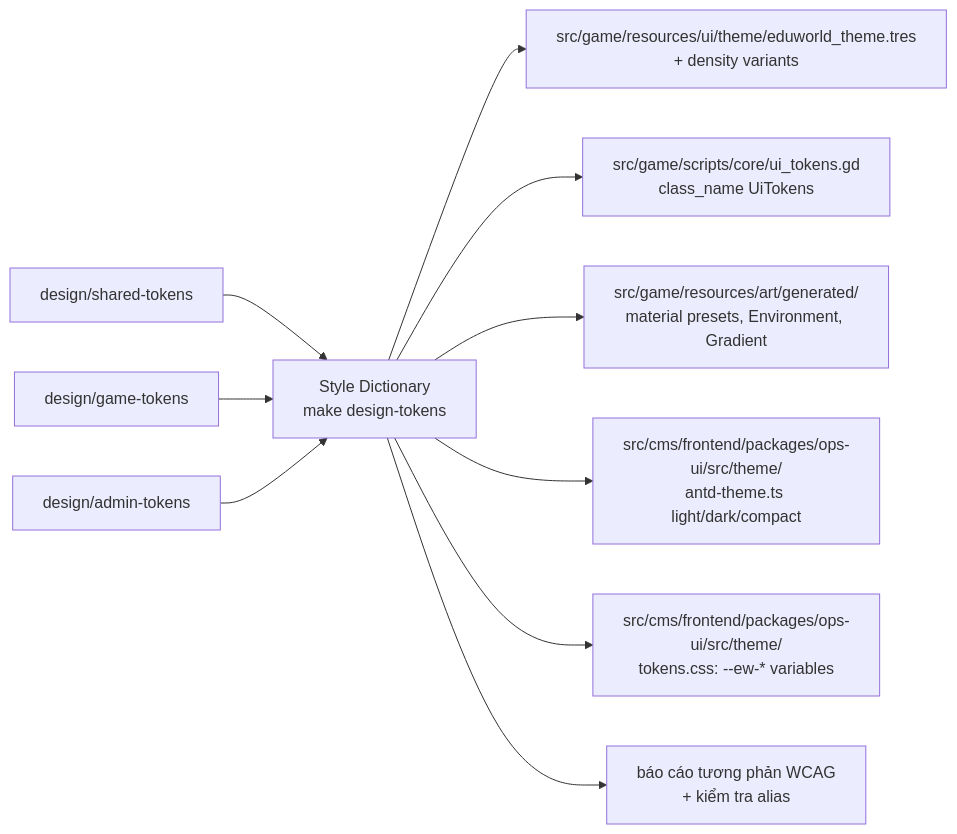
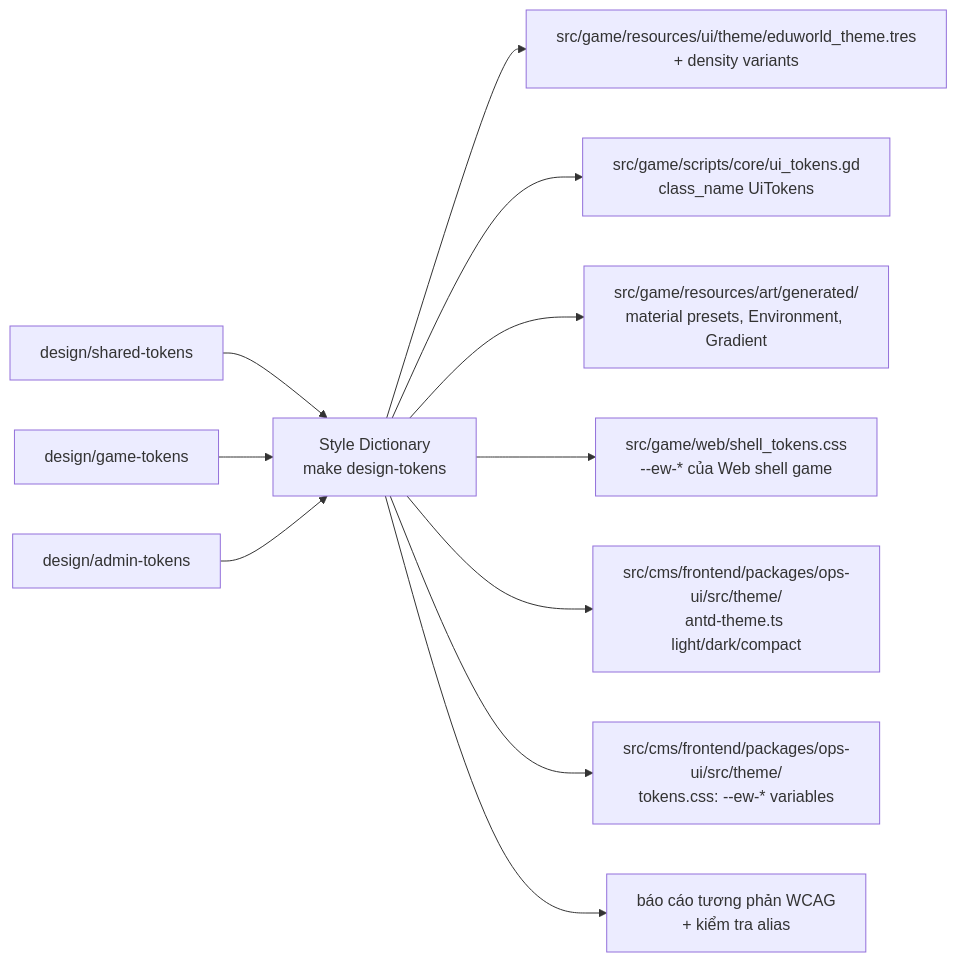
One commit to tanguyen2020/eduworld-platform changed the diagram in docs/05-ux/DESIGN_SYSTEM.md. Above: the diagram before and after it, drawn with Mermaid. The commit also changed other lines of this file and 8 other files, not shown here.

Commit message:
feat(game-client): F133 docs for the Web topology and CORS, presets, shell and task evidence

````diff
--- a/docs/05-ux/DESIGN_SYSTEM.md
+++ b/docs/05-ux/DESIGN_SYSTEM.md
@@ -48,12 +48,13 @@
 ```mermaid
 flowchart LR
   S[design/shared-tokens] --> SD[Style Dictionary\nmake design-tokens]
   G[design/game-tokens] --> SD
   A[design/admin-tokens] --> SD
   SD --> GT[src/game/resources/ui/theme/eduworld_theme.tres\n+ density variants]
   SD --> GC[src/game/scripts/core/ui_tokens.gd\nclass_name UiTokens]
   SD --> G3[src/game/resources/art/generated/\nmaterial presets, Environment, Gradient]
+  SD --> GW[src/game/web/shell_tokens.css\n--ew-* của Web shell game]
   SD --> AT[src/cms/frontend/packages/ops-ui/src/theme/\nantd-theme.ts light/dark/compact]
   SD --> CV[src/cms/frontend/packages/ops-ui/src/theme/\ntokens.css: --ew-* variables]
   SD --> CK[báo cáo tương phản WCAG\n+ kiểm tra alias]
 ```
````
